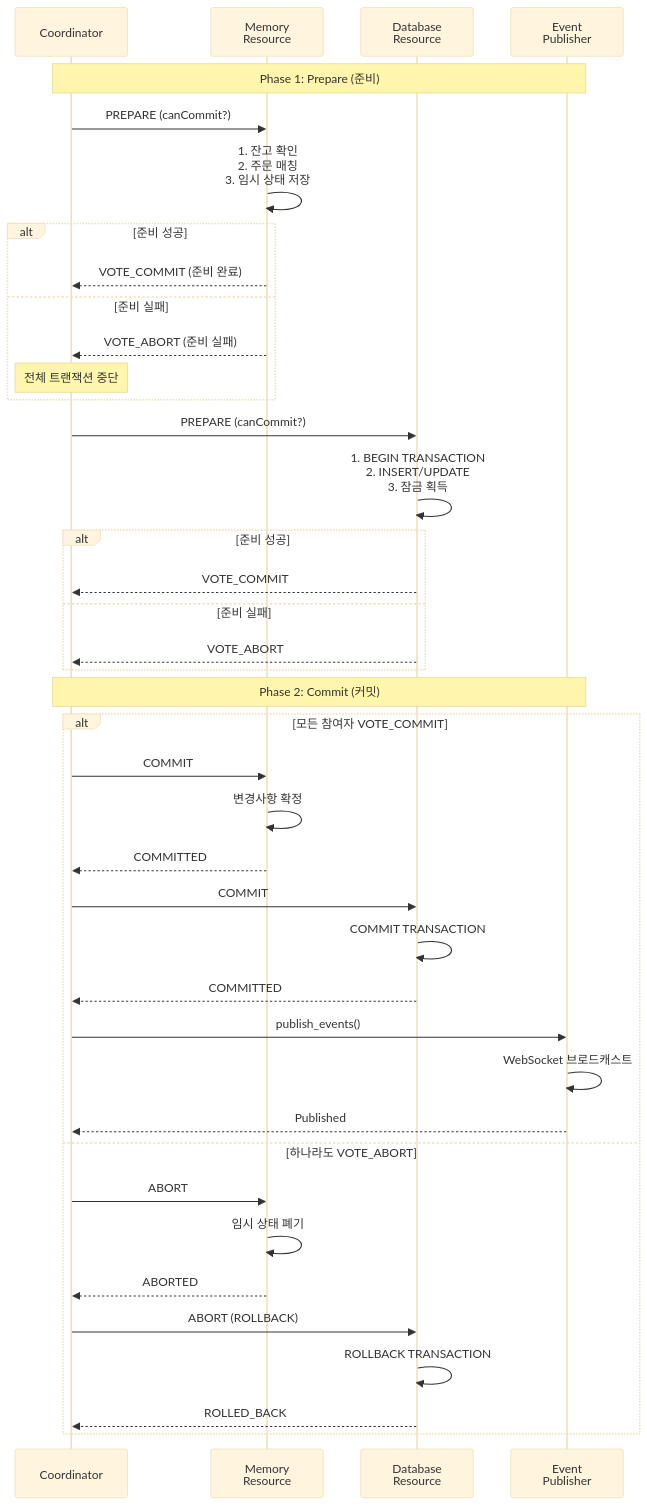
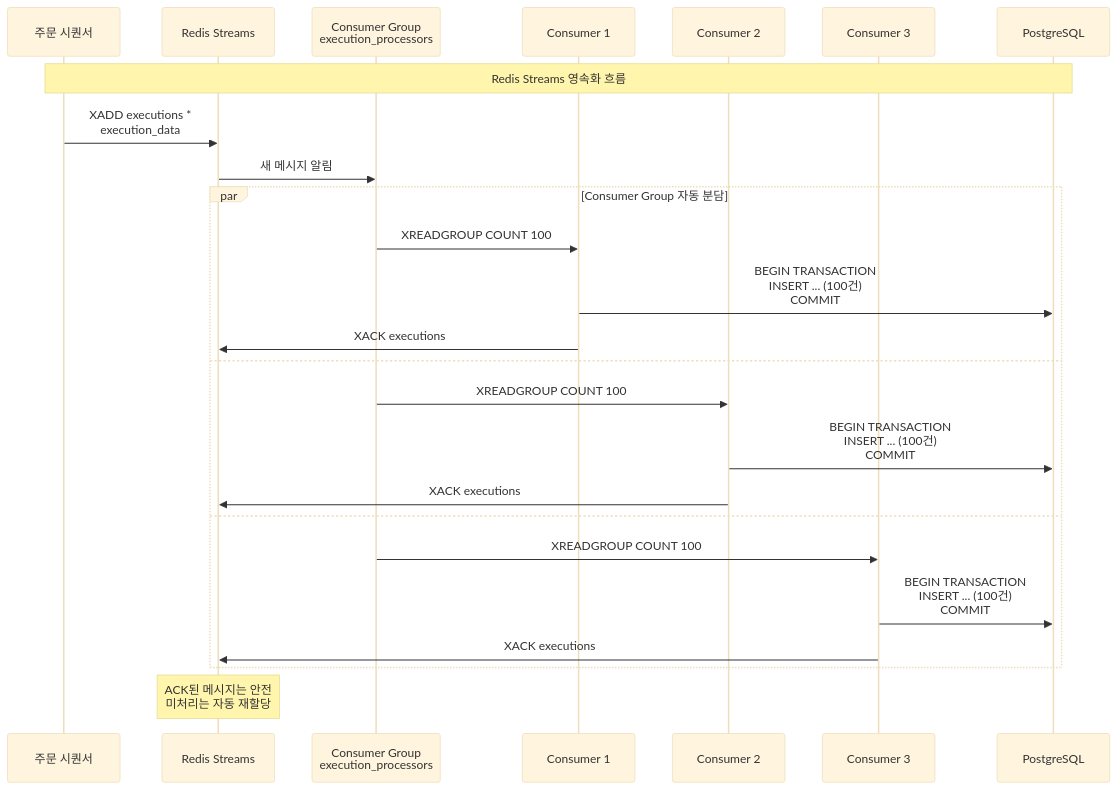
Before and after one commit to blockbit-hama/xTrader: the second of 3 diagrams in docs/transaction.md, drawn with Mermaid (base theme). The commit also changed other lines of this file and 50 other files, not shown here.

````diff
--- a/docs/transaction.md
+++ b/docs/transaction.md
@@ -539,51 +290,34 @@
 ```mermaid
 sequenceDiagram
-    participant Coord as Coordinator
-    participant Memory as Memory<br/>Resource
-    participant DB as Database<br/>Resource
-    participant Event as Event<br/>Publisher
+    participant Sequencer as 주문 시퀀서
+    participant Redis as Redis Streams
+    participant CG as Consumer Group<br/>execution_processors
+    participant C1 as Consumer 1
+    participant C2 as Consumer 2
+    participant C3 as Consumer 3
+    participant DB as PostgreSQL
 
-    Note over Coord,Event: Phase 1: Prepare (준비)
+    Note over Sequencer,DB: Redis Streams 영속화 흐름
 
-    Coord->>Memory: PREPARE (canCommit?)
-    Memory->>Memory: 1. 잔고 확인<br/>2. 주문 매칭<br/>3. 임시 상태 저장
-    alt 준비 성공
-        Memory-->>Coord: VOTE_COMMIT (준비 완료)
-    else 준비 실패
-        Memory-->>Coord: VOTE_ABORT (준비 실패)
-        Note over Coord: 전체 트랜잭션 중단
+    Sequencer->>Redis: XADD executions *<br/>execution_data
+
+    Redis->>CG: 새 메시지 알림
+
+    par Consumer Group 자동 분담
+        CG->>C1: XREADGROUP COUNT 100
+        C1->>DB: BEGIN TRANSACTION<br/>INSERT ... (100건)<br/>COMMIT
+        C1->>Redis: XACK executions
+
+    and
+        CG->>C2: XREADGROUP COUNT 100
+        C2->>DB: BEGIN TRANSACTION<br/>INSERT ... (100건)<br/>COMMIT
+        C2->>Redis: XACK executions
+
+    and
+        CG->>C3: XREADGROUP COUNT 100
+        C3->>DB: BEGIN TRANSACTION<br/>INSERT ... (100건)<br/>COMMIT
+        C3->>Redis: XACK executions
     end
 
-    Coord->>DB: PREPARE (canCommit?)
-    DB->>DB: 1. BEGIN TRANSACTION<br/>2. INSERT/UPDATE<br/>3. 잠금 획득
-    alt 준비 성공
-        DB-->>Coord: VOTE_COMMIT
-    else 준비 실패
-        DB-->>Coord: VOTE_ABORT
-    end
-
-    Note over Coord,Event: Phase 2: Commit (커밋)
-
-    alt 모든 참여자 VOTE_COMMIT
-        Coord->>Memory: COMMIT
-        Memory->>Memory: 변경사항 확정
-        Memory-->>Coord: COMMITTED
-
-        Coord->>DB: COMMIT
-        DB->>DB: COMMIT TRANSACTION
-        DB-->>Coord: COMMITTED
-
-        Coord->>Event: publish_events()
-        Event->>Event: WebSocket 브로드캐스트
-        Event-->>Coord: Published
-
-    else 하나라도 VOTE_ABORT
-        Coord->>Memory: ABORT
-        Memory->>Memory: 임시 상태 폐기
-        Memory-->>Coord: ABORTED
-
-        Coord->>DB: ABORT (ROLLBACK)
-        DB->>DB: ROLLBACK TRANSACTION
-        DB-->>Coord: ROLLED_BACK
-    end
+    Note over Redis: ACK된 메시지는 안전<br/>미처리는 자동 재할당
 ```
````
